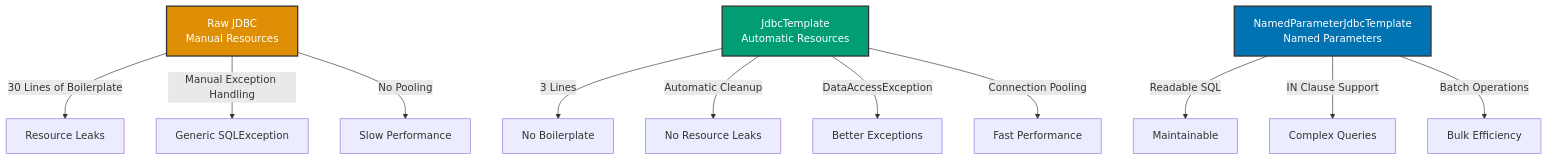
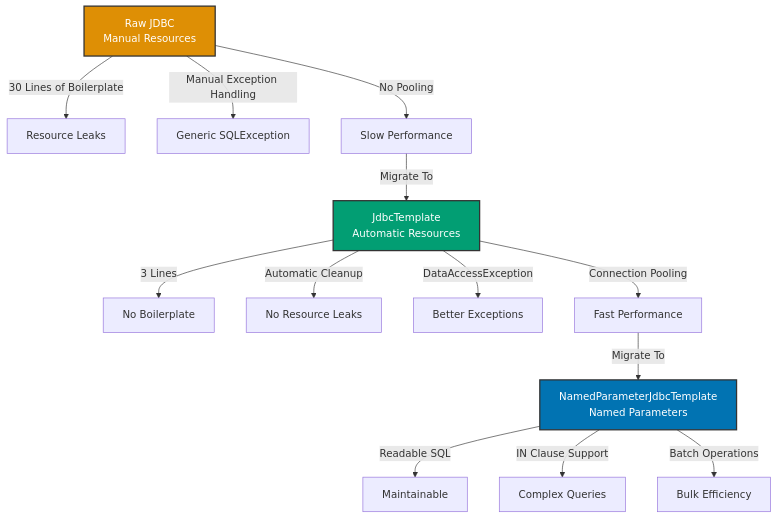
The diagram in apps/ayokoding-www/content/en/learn/software-engineering/platforms/web/tools/jvm-spring/in-the-field/spring-jdbc.md (wahidyankf/baseerah), drawn with Mermaid before and after one commit. The commit also changed 88 other files, not shown here.

First line of the commit message:
fix(ayokoding-www): resolve pre-existing Mermaid violations, exclude fixtures/plans-done

````diff
--- a/apps/ayokoding-www/content/en/learn/software-engineering/platforms/web/tools/jvm-spring/in-the-field/spring-jdbc.md
+++ b/apps/ayokoding-www/content/en/learn/software-engineering/platforms/web/tools/jvm-spring/in-the-field/spring-jdbc.md
@@ -371,19 +371,21 @@
 ```mermaid
 graph TD
     A[Raw JDBC<br/>Manual Resources] -->|30 Lines of Boilerplate| B[Resource Leaks]
     A -->|Manual Exception Handling| C[Generic SQLException]
     A -->|No Pooling| D[Slow Performance]
+    D -->|Migrate To| E[JdbcTemplate<br/>Automatic Resources]
 
-    E[JdbcTemplate<br/>Automatic Resources] -->|3 Lines| F[No Boilerplate]
+    E -->|3 Lines| F[No Boilerplate]
     E -->|Automatic Cleanup| G[No Resource Leaks]
     E -->|DataAccessException| H[Better Exceptions]
     E -->|Connection Pooling| I[Fast Performance]
+    I -->|Migrate To| J[NamedParameterJdbcTemplate<br/>Named Parameters]
 
-    J[NamedParameterJdbcTemplate<br/>Named Parameters] -->|Readable SQL| K[Maintainable]
+    J -->|Readable SQL| K[Maintainable]
     J -->|IN Clause Support| L[Complex Queries]
     J -->|Batch Operations| M[Bulk Efficiency]
 
     style A fill:#DE8F05,stroke:#333,stroke-width:2px,color:#fff
     style E fill:#029E73,stroke:#333,stroke-width:2px,color:#fff
     style J fill:#0173B2,stroke:#333,stroke-width:2px,color:#fff
 ```
````
